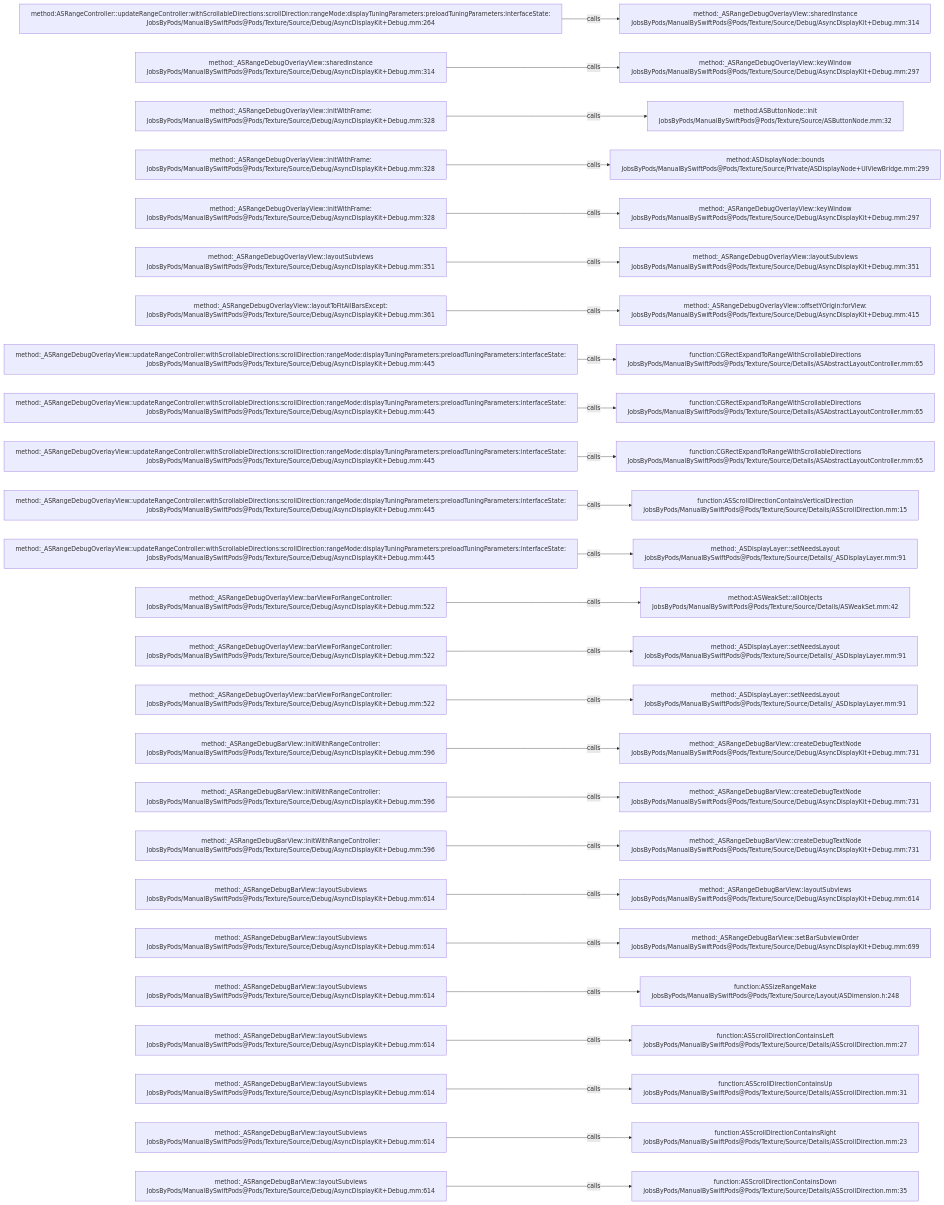
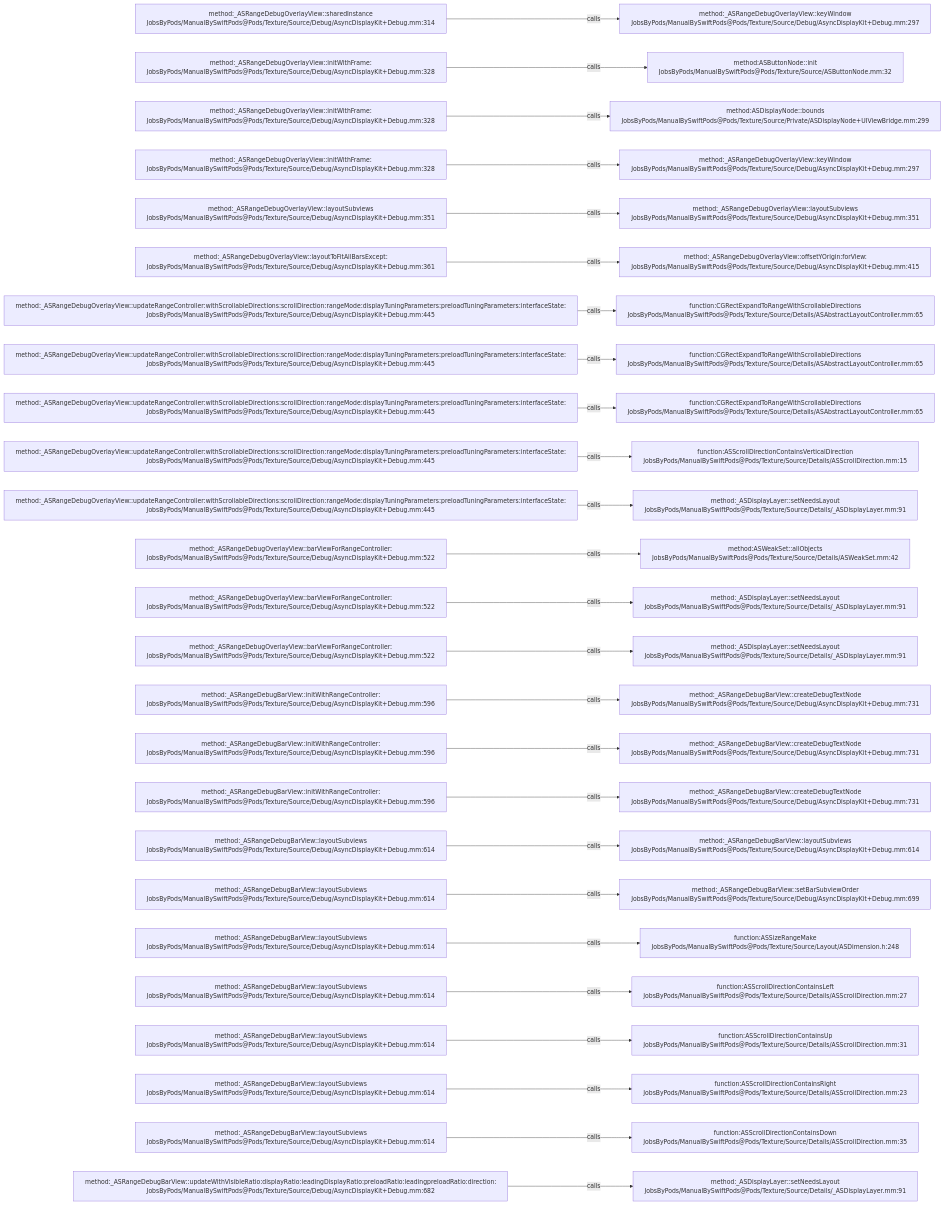
The diagram in .codegraph/codegraph.md/graphs/calls-080.md (JobsKits/JobsSwiftBaseConfigDemo), drawn with Mermaid before and after one commit. The commit also changed 747 other files, not shown here.

````diff
--- a/.codegraph/codegraph.md/graphs/calls-080.md
+++ b/.codegraph/codegraph.md/graphs/calls-080.md
@@ -13,78 +13,78 @@
 ```mermaid
 flowchart LR
-  S1["method:ASRangeController::updateRangeController:withScrollableDirections:scrollDirection:rangeMode:displayTuningParameters:preloadTuningParameters:interfaceState:<br/>JobsByPods/ManualBySwiftPods@Pods/Texture/Source/Debug/AsyncDisplayKit+Debug.mm:264"]
-  T1["method:_ASRangeDebugOverlayView::sharedInstance<br/>JobsByPods/ManualBySwiftPods@Pods/Texture/Source/Debug/AsyncDisplayKit+Debug.mm:314"]
+  S1["method:_ASRangeDebugOverlayView::sharedInstance<br/>JobsByPods/ManualBySwiftPods@Pods/Texture/Source/Debug/AsyncDisplayKit+Debug.mm:314"]
+  T1["method:_ASRangeDebugOverlayView::keyWindow<br/>JobsByPods/ManualBySwiftPods@Pods/Texture/Source/Debug/AsyncDisplayKit+Debug.mm:297"]
   S1 -->|calls| T1
-  S2["method:_ASRangeDebugOverlayView::sharedInstance<br/>JobsByPods/ManualBySwiftPods@Pods/Texture/Source/Debug/AsyncDisplayKit+Debug.mm:314"]
-  T2["method:_ASRangeDebugOverlayView::keyWindow<br/>JobsByPods/ManualBySwiftPods@Pods/Texture/Source/Debug/AsyncDisplayKit+Debug.mm:297"]
+  S2["method:_ASRangeDebugOverlayView::initWithFrame:<br/>JobsByPods/ManualBySwiftPods@Pods/Texture/Source/Debug/AsyncDisplayKit+Debug.mm:328"]
+  T2["method:ASButtonNode::init<br/>JobsByPods/ManualBySwiftPods@Pods/Texture/Source/ASButtonNode.mm:32"]
   S2 -->|calls| T2
   S3["method:_ASRangeDebugOverlayView::initWithFrame:<br/>JobsByPods/ManualBySwiftPods@Pods/Texture/Source/Debug/AsyncDisplayKit+Debug.mm:328"]
-  T3["method:ASButtonNode::init<br/>JobsByPods/ManualBySwiftPods@Pods/Texture/Source/ASButtonNode.mm:32"]
+  T3["method:ASDisplayNode::bounds<br/>JobsByPods/ManualBySwiftPods@Pods/Texture/Source/Private/ASDisplayNode+UIViewBridge.mm:299"]
   S3 -->|calls| T3
   S4["method:_ASRangeDebugOverlayView::initWithFrame:<br/>JobsByPods/ManualBySwiftPods@Pods/Texture/Source/Debug/AsyncDisplayKit+Debug.mm:328"]
-  T4["method:ASDisplayNode::bounds<br/>JobsByPods/ManualBySwiftPods@Pods/Texture/Source/Private/ASDisplayNode+UIViewBridge.mm:299"]
+  T4["method:_ASRangeDebugOverlayView::keyWindow<br/>JobsByPods/ManualBySwiftPods@Pods/Texture/Source/Debug/AsyncDisplayKit+Debug.mm:297"]
   S4 -->|calls| T4
-  S5["method:_ASRangeDebugOverlayView::initWithFrame:<br/>JobsByPods/ManualBySwiftPods@Pods/Texture/Source/Debug/AsyncDisplayKit+Debug.mm:328"]
-  T5["method:_ASRangeDebugOverlayView::keyWindow<br/>JobsByPods/ManualBySwiftPods@Pods/Texture/Source/Debug/AsyncDisplayKit+Debug.mm:297"]
+  S5["method:_ASRangeDebugOverlayView::layoutSubviews<br/>JobsByPods/ManualBySwiftPods@Pods/Texture/Source/Debug/AsyncDisplayKit+Debug.mm:351"]
+  T5["method:_ASRangeDebugOverlayView::layoutSubviews<br/>JobsByPods/ManualBySwiftPods@Pods/Texture/Source/Debug/AsyncDisplayKit+Debug.mm:351"]
   S5 -->|calls| T5
-  S6["method:_ASRangeDebugOverlayView::layoutSubviews<br/>JobsByPods/ManualBySwiftPods@Pods/Texture/Source/Debug/AsyncDisplayKit+Debug.mm:351"]
-  T6["method:_ASRangeDebugOverlayView::layoutSubviews<br/>JobsByPods/ManualBySwiftPods@Pods/Texture/Source/Debug/AsyncDisplayKit+Debug.mm:351"]
+  S6["method:_ASRangeDebugOverlayView::layoutToFitAllBarsExcept:<br/>JobsByPods/ManualBySwiftPods@Pods/Texture/Source/Debug/AsyncDisplayKit+Debug.mm:361"]
+  T6["method:_ASRangeDebugOverlayView::offsetYOrigin:forView:<br/>JobsByPods/ManualBySwiftPods@Pods/Texture/Source/Debug/AsyncDisplayKit+Debug.mm:415"]
   S6 -->|calls| T6
-  S7["method:_ASRangeDebugOverlayView::layoutToFitAllBarsExcept:<br/>JobsByPods/ManualBySwiftPods@Pods/Texture/Source/Debug/AsyncDisplayKit+Debug.mm:361"]
-  T7["method:_ASRangeDebugOverlayView::offsetYOrigin:forView:<br/>JobsByPods/ManualBySwiftPods@Pods/Texture/Source/Debug/AsyncDisplayKit+Debug.mm:415"]
+  S7["method:_ASRangeDebugOverlayView::updateRangeController:withScrollableDirections:scrollDirection:rangeMode:displayTuningParameters:preloadTuningParameters:interfaceState:<br/>JobsByPods/ManualBySwiftPods@Pods/Texture/Source/Debug/AsyncDisplayKit+Debug.mm:445"]
+  T7["function:CGRectExpandToRangeWithScrollableDirections<br/>JobsByPods/ManualBySwiftPods@Pods/Texture/Source/Details/ASAbstractLayoutController.mm:65"]
   S7 -->|calls| T7
   S8["method:_ASRangeDebugOverlayView::updateRangeController:withScrollableDirections:scrollDirection:rangeMode:displayTuningParameters:preloadTuningParameters:interfaceState:<br/>JobsByPods/ManualBySwiftPods@Pods/Texture/Source/Debug/AsyncDisplayKit+Debug.mm:445"]
   T8["function:CGRectExpandToRangeWithScrollableDirections<br/>JobsByPods/ManualBySwiftPods@Pods/Texture/Source/Details/ASAbstractLayoutController.mm:65"]
   S8 -->|calls| T8
   S9["method:_ASRangeDebugOverlayView::updateRangeController:withScrollableDirections:scrollDirection:rangeMode:displayTuningParameters:preloadTuningParameters:interfaceState:<br/>JobsByPods/ManualBySwiftPods@Pods/Texture/Source/Debug/AsyncDisplayKit+Debug.mm:445"]
   T9["function:CGRectExpandToRangeWithScrollableDirections<br/>JobsByPods/ManualBySwiftPods@Pods/Texture/Source/Details/ASAbstractLayoutController.mm:65"]
   S9 -->|calls| T9
   S10["method:_ASRangeDebugOverlayView::updateRangeController:withScrollableDirections:scrollDirection:rangeMode:displayTuningParameters:preloadTuningParameters:interfaceState:<br/>JobsByPods/ManualBySwiftPods@Pods/Texture/Source/Debug/AsyncDisplayKit+Debug.mm:445"]
-  T10["function:CGRectExpandToRangeWithScrollableDirections<br/>JobsByPods/ManualBySwiftPods@Pods/Texture/Source/Details/ASAbstractLayoutController.mm:65"]
+  T10["function:ASScrollDirectionContainsVerticalDirection<br/>JobsByPods/ManualBySwiftPods@Pods/Texture/Source/Details/ASScrollDirection.mm:15"]
   S10 -->|calls| T10
   S11["method:_ASRangeDebugOverlayView::updateRangeController:withScrollableDirections:scrollDirection:rangeMode:displayTuningParameters:preloadTuningParameters:interfaceState:<br/>JobsByPods/ManualBySwiftPods@Pods/Texture/Source/Debug/AsyncDisplayKit+Debug.mm:445"]
-  T11["function:ASScrollDirectionContainsVerticalDirection<br/>JobsByPods/ManualBySwiftPods@Pods/Texture/Source/Details/ASScrollDirection.mm:15"]
+  T11["method:_ASDisplayLayer::setNeedsLayout<br/>JobsByPods/ManualBySwiftPods@Pods/Texture/Source/Details/_ASDisplayLayer.mm:91"]
   S11 -->|calls| T11
-  S12["method:_ASRangeDebugOverlayView::updateRangeController:withScrollableDirections:scrollDirection:rangeMode:displayTuningParameters:preloadTuningParameters:interfaceState:<br/>JobsByPods/ManualBySwiftPods@Pods/Texture/Source/Debug/AsyncDisplayKit+Debug.mm:445"]
-  T12["method:_ASDisplayLayer::setNeedsLayout<br/>JobsByPods/ManualBySwiftPods@Pods/Texture/Source/Details/_ASDisplayLayer.mm:91"]
+  S12["method:_ASRangeDebugOverlayView::barViewForRangeController:<br/>JobsByPods/ManualBySwiftPods@Pods/Texture/Source/Debug/AsyncDisplayKit+Debug.mm:522"]
+  T12["method:ASWeakSet::allObjects<br/>JobsByPods/ManualBySwiftPods@Pods/Texture/Source/Details/ASWeakSet.mm:42"]
   S12 -->|calls| T12
   S13["method:_ASRangeDebugOverlayView::barViewForRangeController:<br/>JobsByPods/ManualBySwiftPods@Pods/Texture/Source/Debug/AsyncDisplayKit+Debug.mm:522"]
-  T13["method:ASWeakSet::allObjects<br/>JobsByPods/ManualBySwiftPods@Pods/Texture/Source/Details/ASWeakSet.mm:42"]
+  T13["method:_ASDisplayLayer::setNeedsLayout<br/>JobsByPods/ManualBySwiftPods@Pods/Texture/Source/Details/_ASDisplayLayer.mm:91"]
   S13 -->|calls| T13
   S14["method:_ASRangeDebugOverlayView::barViewForRangeController:<br/>JobsByPods/ManualBySwiftPods@Pods/Texture/Source/Debug/AsyncDisplayKit+Debug.mm:522"]
   T14["method:_ASDisplayLayer::setNeedsLayout<br/>JobsByPods/ManualBySwiftPods@Pods/Texture/Source/Details/_ASDisplayLayer.mm:91"]
   S14 -->|calls| T14
-  S15["method:_ASRangeDebugOverlayView::barViewForRangeController:<br/>JobsByPods/ManualBySwiftPods@Pods/Texture/Source/Debug/AsyncDisplayKit+Debug.mm:522"]
-  T15["method:_ASDisplayLayer::setNeedsLayout<br/>JobsByPods/ManualBySwiftPods@Pods/Texture/Source/Details/_ASDisplayLayer.mm:91"]
+  S15["method:_ASRangeDebugBarView::initWithRangeController:<br/>JobsByPods/ManualBySwiftPods@Pods/Texture/Source/Debug/AsyncDisplayKit+Debug.mm:596"]
+  T15["method:_ASRangeDebugBarView::createDebugTextNode<br/>JobsByPods/ManualBySwiftPods@Pods/Texture/Source/Debug/AsyncDisplayKit+Debug.mm:731"]
   S15 -->|calls| T15
   S16["method:_ASRangeDebugBarView::initWithRangeController:<br/>JobsByPods/ManualBySwiftPods@Pods/Texture/Source/Debug/AsyncDisplayKit+Debug.mm:596"]
   T16["method:_ASRangeDebugBarView::createDebugTextNode<br/>JobsByPods/ManualBySwiftPods@Pods/Texture/Source/Debug/AsyncDisplayKit+Debug.mm:731"]
   S16 -->|calls| T16
   S17["method:_ASRangeDebugBarView::initWithRangeController:<br/>JobsByPods/ManualBySwiftPods@Pods/Texture/Source/Debug/AsyncDisplayKit+Debug.mm:596"]
   T17["method:_ASRangeDebugBarView::createDebugTextNode<br/>JobsByPods/ManualBySwiftPods@Pods/Texture/Source/Debug/AsyncDisplayKit+Debug.mm:731"]
   S17 -->|calls| T17
-  S18["method:_ASRangeDebugBarView::initWithRangeController:<br/>JobsByPods/ManualBySwiftPods@Pods/Texture/Source/Debug/AsyncDisplayKit+Debug.mm:596"]
-  T18["method:_ASRangeDebugBarView::createDebugTextNode<br/>JobsByPods/ManualBySwiftPods@Pods/Texture/Source/Debug/AsyncDisplayKit+Debug.mm:731"]
+  S18["method:_ASRangeDebugBarView::layoutSubviews<br/>JobsByPods/ManualBySwiftPods@Pods/Texture/Source/Debug/AsyncDisplayKit+Debug.mm:614"]
+  T18["method:_ASRangeDebugBarView::layoutSubviews<br/>JobsByPods/ManualBySwiftPods@Pods/Texture/Source/Debug/AsyncDisplayKit+Debug.mm:614"]
   S18 -->|calls| T18
   S19["method:_ASRangeDebugBarView::layoutSubviews<br/>JobsByPods/ManualBySwiftPods@Pods/Texture/Source/Debug/AsyncDisplayKit+Debug.mm:614"]
-  T19["method:_ASRangeDebugBarView::layoutSubviews<br/>JobsByPods/ManualBySwiftPods@Pods/Texture/Source/Debug/AsyncDisplayKit+Debug.mm:614"]
+  T19["method:_ASRangeDebugBarView::setBarSubviewOrder<br/>JobsByPods/ManualBySwiftPods@Pods/Texture/Source/Debug/AsyncDisplayKit+Debug.mm:699"]
   S19 -->|calls| T19
   S20["method:_ASRangeDebugBarView::layoutSubviews<br/>JobsByPods/ManualBySwiftPods@Pods/Texture/Source/Debug/AsyncDisplayKit+Debug.mm:614"]
-  T20["method:_ASRangeDebugBarView::setBarSubviewOrder<br/>JobsByPods/ManualBySwiftPods@Pods/Texture/Source/Debug/AsyncDisplayKit+Debug.mm:699"]
+  T20["function:ASSizeRangeMake<br/>JobsByPods/ManualBySwiftPods@Pods/Texture/Source/Layout/ASDimension.h:248"]
   S20 -->|calls| T20
   S21["method:_ASRangeDebugBarView::layoutSubviews<br/>JobsByPods/ManualBySwiftPods@Pods/Texture/Source/Debug/AsyncDisplayKit+Debug.mm:614"]
-  T21["function:ASSizeRangeMake<br/>JobsByPods/ManualBySwiftPods@Pods/Texture/Source/Layout/ASDimension.h:248"]
+  T21["function:ASScrollDirectionContainsLeft<br/>JobsByPods/ManualBySwiftPods@Pods/Texture/Source/Details/ASScrollDirection.mm:27"]
   S21 -->|calls| T21
   S22["method:_ASRangeDebugBarView::layoutSubviews<br/>JobsByPods/ManualBySwiftPods@Pods/Texture/Source/Debug/AsyncDisplayKit+Debug.mm:614"]
-  T22["function:ASScrollDirectionContainsLeft<br/>JobsByPods/ManualBySwiftPods@Pods/Texture/Source/Details/ASScrollDirection.mm:27"]
+  T22["function:ASScrollDirectionContainsUp<br/>JobsByPods/ManualBySwiftPods@Pods/Texture/Source/Details/ASScrollDirection.mm:31"]
   S22 -->|calls| T22
   S23["method:_ASRangeDebugBarView::layoutSubviews<br/>JobsByPods/ManualBySwiftPods@Pods/Texture/Source/Debug/AsyncDisplayKit+Debug.mm:614"]
-  T23["function:ASScrollDirectionContainsUp<br/>JobsByPods/ManualBySwiftPods@Pods/Texture/Source/Details/ASScrollDirection.mm:31"]
+  T23["function:ASScrollDirectionContainsRight<br/>JobsByPods/ManualBySwiftPods@Pods/Texture/Source/Details/ASScrollDirection.mm:23"]
   S23 -->|calls| T23
   S24["method:_ASRangeDebugBarView::layoutSubviews<br/>JobsByPods/ManualBySwiftPods@Pods/Texture/Source/Debug/AsyncDisplayKit+Debug.mm:614"]
-  T24["function:ASScrollDirectionContainsRight<br/>JobsByPods/ManualBySwiftPods@Pods/Texture/Source/Details/ASScrollDirection.mm:23"]
+  T24["function:ASScrollDirectionContainsDown<br/>JobsByPods/ManualBySwiftPods@Pods/Texture/Source/Details/ASScrollDirection.mm:35"]
   S24 -->|calls| T24
-  S25["method:_ASRangeDebugBarView::layoutSubviews<br/>JobsByPods/ManualBySwiftPods@Pods/Texture/Source/Debug/AsyncDisplayKit+Debug.mm:614"]
-  T25["function:ASScrollDirectionContainsDown<br/>JobsByPods/ManualBySwiftPods@Pods/Texture/Source/Details/ASScrollDirection.mm:35"]
+  S25["method:_ASRangeDebugBarView::updateWithVisibleRatio:displayRatio:leadingDisplayRatio:preloadRatio:leadingpreloadRatio:direction:<br/>JobsByPods/ManualBySwiftPods@Pods/Texture/Source/Debug/AsyncDisplayKit+Debug.mm:682"]
+  T25["method:_ASDisplayLayer::setNeedsLayout<br/>JobsByPods/ManualBySwiftPods@Pods/Texture/Source/Details/_ASDisplayLayer.mm:91"]
   S25 -->|calls| T25
 ```
````
